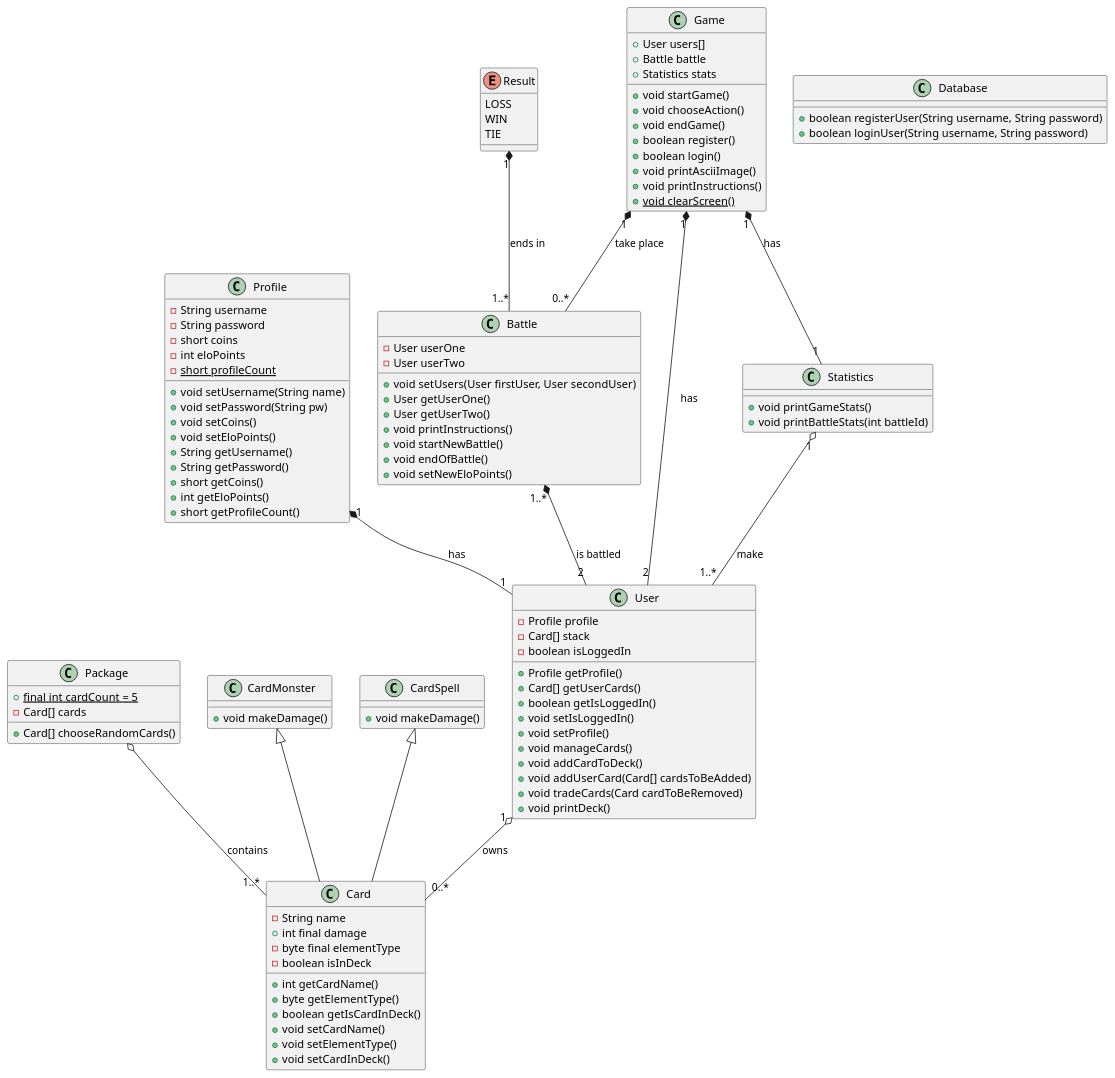
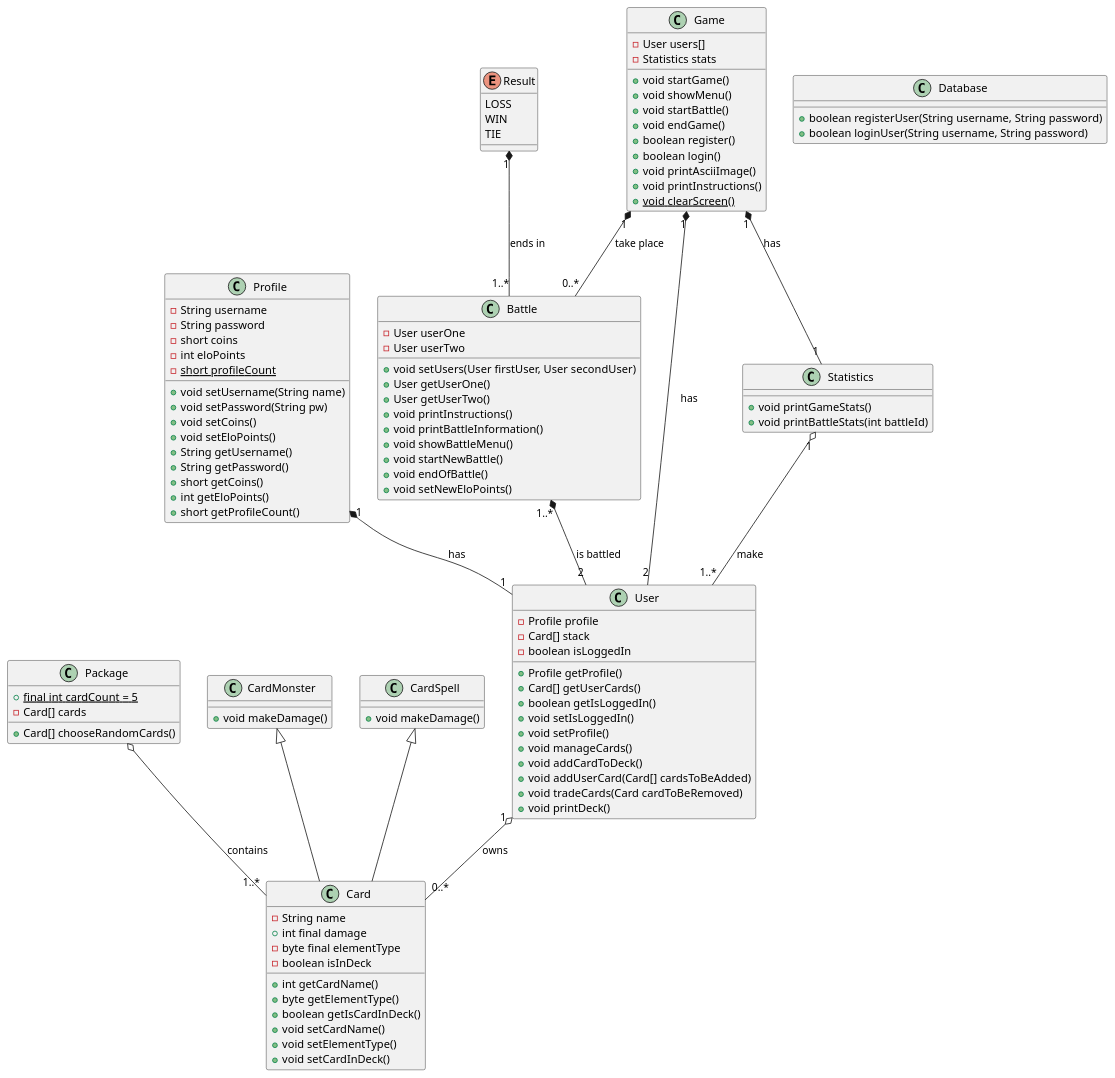
Before and after one commit to VladanPetkovic/SE_Semesterprojekt: the diagram in src/main/java/projekt.puml, drawn with PlantUML. The commit also changed 8 other files, not shown here.

```diff
--- a/src/main/java/projekt.puml
+++ b/src/main/java/projekt.puml
@@ -1,116 +1,118 @@
 @startuml
 class User
 {
     -Profile profile
     -Card[] stack
     -boolean isLoggedIn
     +Profile getProfile()
     +Card[] getUserCards()
     +boolean getIsLoggedIn()
     +void setIsLoggedIn()
     +void setProfile()
     +void manageCards()
     +void addCardToDeck()
     +void addUserCard(Card[] cardsToBeAdded)
     +void tradeCards(Card cardToBeRemoved)
     +void printDeck()
 }
 class Profile
 {
     -String username
     -String password
     -short coins
     -int eloPoints
     -{static} short profileCount
     +void setUsername(String name)
     +void setPassword(String pw)
     +void setCoins()
     +void setEloPoints()
     +String getUsername()
     +String getPassword()
     +short getCoins()
     +int getEloPoints()
     +short getProfileCount()
 }
 enum Result
 {
     LOSS
     WIN
     TIE
 }
 class Package
 {
     +{static} final int cardCount = 5
     -Card[] cards
     +Card[] chooseRandomCards()
 }
 class Card
 {
     -String name
     +int final damage
     -byte final elementType
     -boolean isInDeck
     +int getCardName()
     +byte getElementType()
     +boolean getIsCardInDeck()
     +void setCardName()
     +void setElementType()
     +void setCardInDeck()
 }
 class CardMonster
 {
     +void makeDamage()
 }
 class CardSpell
 {
     +void makeDamage()
 }
 class Battle
 {
     -User userOne
     -User userTwo
     +void setUsers(User firstUser, User secondUser)
     +User getUserOne()
     +User getUserTwo()
     +void printInstructions()
+    +void printBattleInformation()
+    +void showBattleMenu()
     +void startNewBattle()
     +void endOfBattle()
     +void setNewEloPoints()
 }
 class Game
 {
-    +User users[]
-    +Battle battle
-    +Statistics stats
+    -User users[]
+    -Statistics stats
     +void startGame()
-    +void chooseAction()
+    +void showMenu()
+    +void startBattle()
     +void endGame()
     +boolean register()
     +boolean login()
     +void printAsciiImage()
     +void printInstructions()
     +{static} void clearScreen()
 }
 class Statistics
 {
     +void printGameStats()
     +void printBattleStats(int battleId)
 }
 class Database
 {
     +boolean registerUser(String username, String password)
     +boolean loginUser(String username, String password)
 }
 
 CardMonster <|-- Card
 CardSpell <|-- Card
 User "1" o-- "0..*" Card : "owns"
 Game "1" *-- "0..*" Battle : "take place"
 Game "1" *-- "1" Statistics : "has"
 Game "1" *-- "2" User : "has"
 Package o-- "1..*" Card : "contains"
 Battle "1..*" *-- "2" User : "is battled"
 Result "1" *-- "1..*" Battle : "ends in"
 Statistics "1" o-- "1..*" User : "make"
 Profile "1" *-- "1" User : "has"
 @enduml
```
